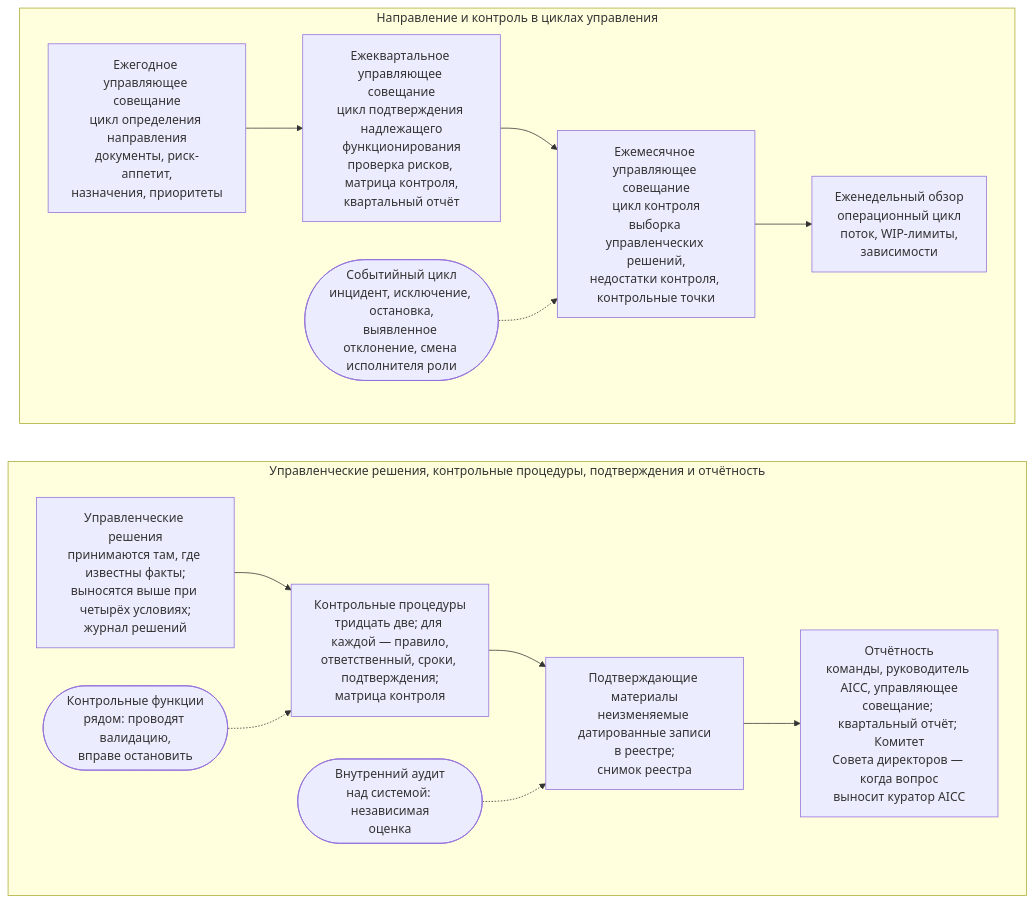
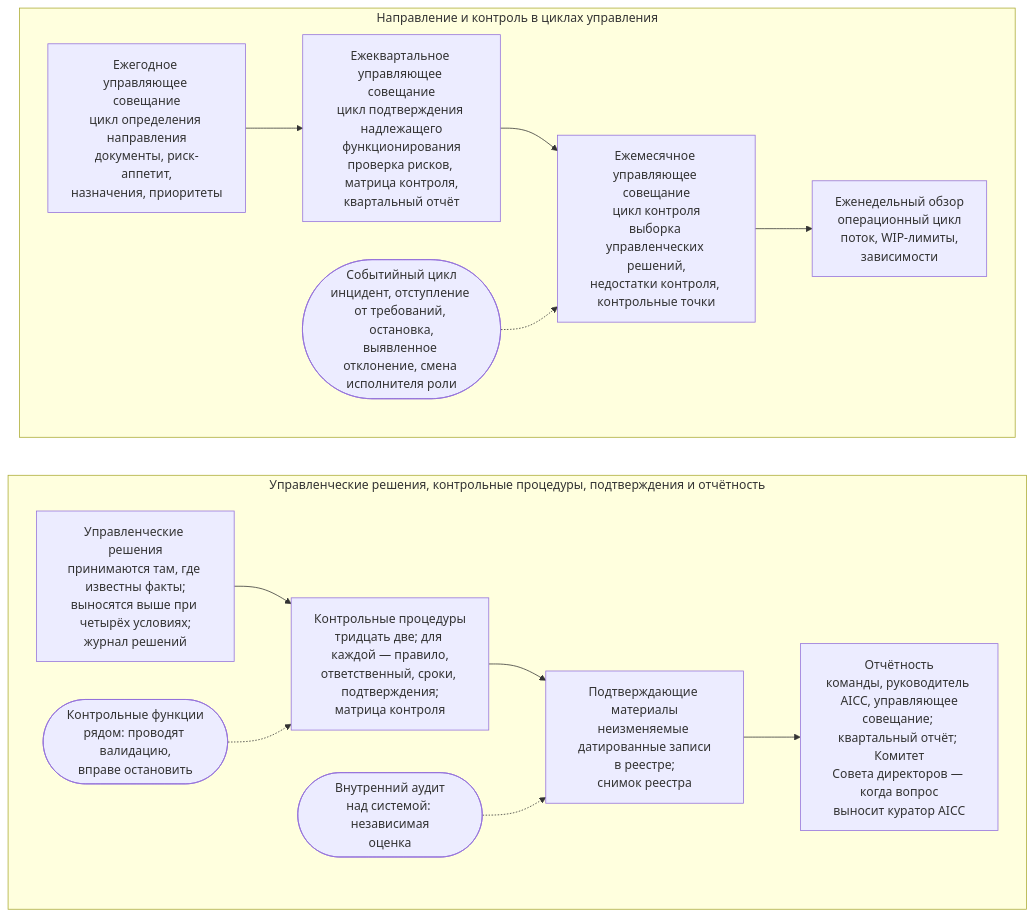
The diagram in portal/content/ru/governance/overview.md (devhogu/ob-aicc), drawn with Mermaid before and after one commit. The commit also changed 112 other files, not shown here.

First line of the commit message:
Russian edition: Exception is «отступление от требований»; fairness, incident and benefit wording on Responsible AI

````diff
--- a/portal/content/ru/governance/overview.md
+++ b/portal/content/ru/governance/overview.md
@@ -15,19 +15,19 @@
 ```mermaid
 flowchart TB
   subgraph ROW1["Направление и контроль в циклах управления"]
     direction LR
     Y["Ежегодное управляющее совещание<br/>цикл определения направления<br/>документы, риск-аппетит,<br/>назначения, приоритеты"] --> Q["Ежеквартальное управляющее совещание<br/>цикл подтверждения надлежащего<br/>функционирования<br/>проверка рисков, матрица контроля,<br/>квартальный отчёт"]
     Q --> M["Ежемесячное управляющее совещание<br/>цикл контроля<br/>выборка управленческих решений,<br/>недостатки контроля, контрольные точки"]
     M --> W["Еженедельный обзор<br/>операционный цикл<br/>поток, WIP-лимиты,<br/>зависимости"]
-    E(["Событийный цикл<br/>инцидент, исключение, остановка,<br/>выявленное отклонение, смена исполнителя роли"]) -.-> M
+    E(["Событийный цикл<br/>инцидент, отступление от требований, остановка,<br/>выявленное отклонение, смена исполнителя роли"]) -.-> M
   end
   subgraph ROW2["Управленческие решения, контрольные процедуры, подтверждения и отчётность"]
     direction LR
     D["Управленческие решения<br/>принимаются там, где известны факты;<br/>выносятся выше при четырёх условиях;<br/>журнал решений"] --> C["Контрольные процедуры<br/>тридцать две; для каждой — правило,<br/>ответственный, сроки, подтверждения;<br/>матрица контроля"]
     C --> R["Подтверждающие материалы<br/>неизменяемые датированные записи<br/>в реестре;<br/>снимок реестра"]
     R --> B["Отчётность<br/>команды, руководитель AICC, управляющее<br/>совещание; квартальный отчёт; Комитет<br/>Совета директоров — когда вопрос<br/>выносит куратор AICC"]
     CF(["Контрольные функции<br/>рядом: проводят валидацию,<br/>вправе остановить"]) -.-> C
     IA(["Внутренний аудит<br/>над системой: независимая<br/>оценка"]) -.-> R
   end
   ROW1 ~~~ ROW2
 ```
````
